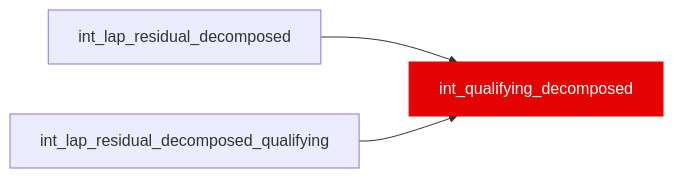
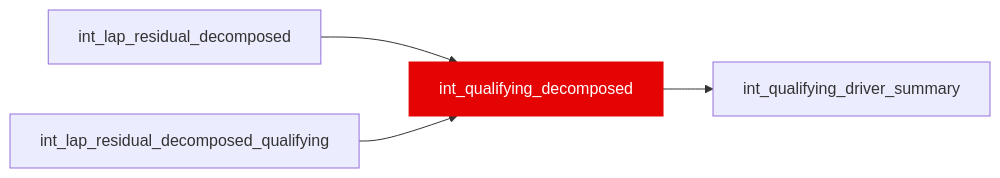
One commit to JustinClarke/off-the-pace changed the diagram in docs/reference/models/int/int_qualifying_decomposed.mdx. Above: the diagram before and after it, drawn with Mermaid. The commit also changed 45 other files, not shown here.

````diff
--- a/docs/reference/models/int/int_qualifying_decomposed.mdx
+++ b/docs/reference/models/int/int_qualifying_decomposed.mdx
@@ -15,6 +15,7 @@
 ```mermaid
 flowchart LR
   int_lap_residual_decomposed --> int_qualifying_decomposed
   int_lap_residual_decomposed_qualifying --> int_qualifying_decomposed
+  int_qualifying_decomposed --> int_qualifying_driver_summary
   style int_qualifying_decomposed fill:#e40404,stroke:#e40404,color:#fff
 ```
````
